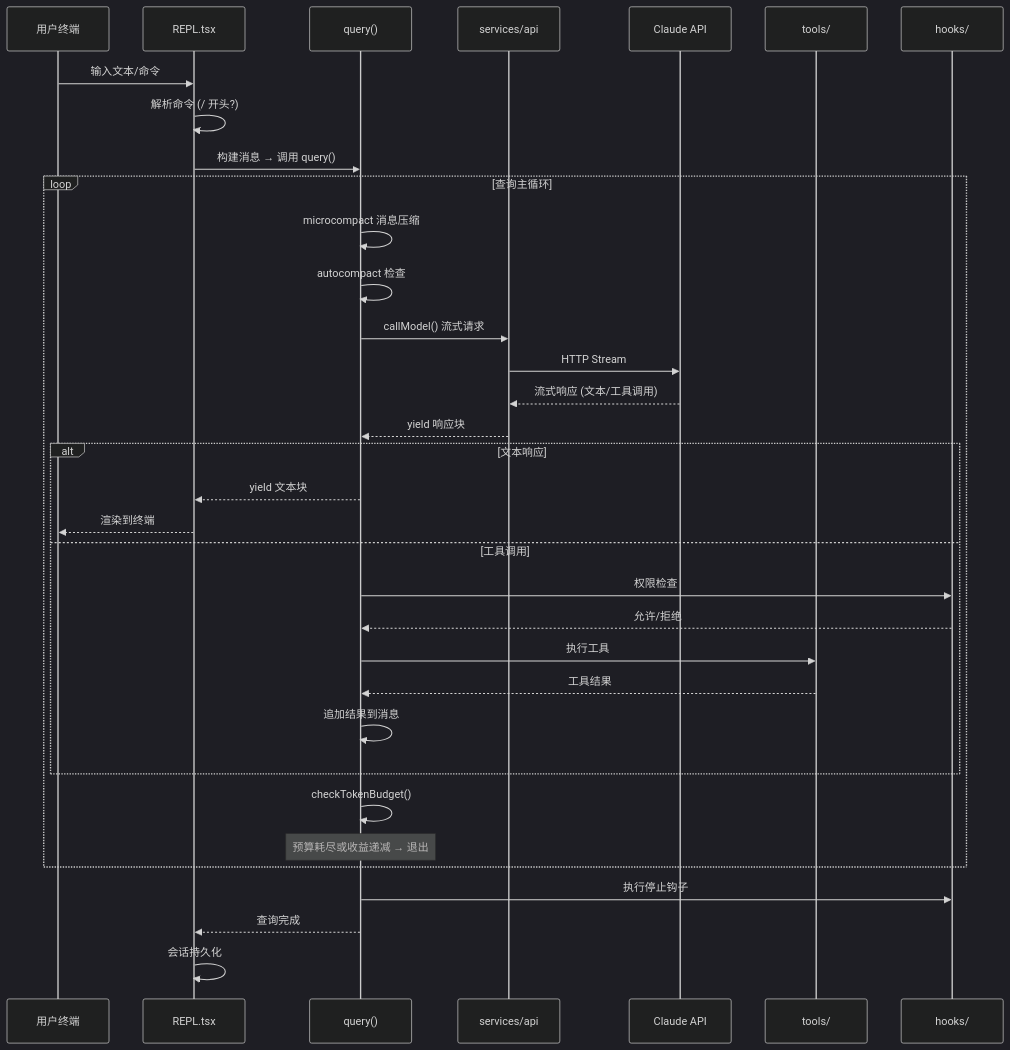
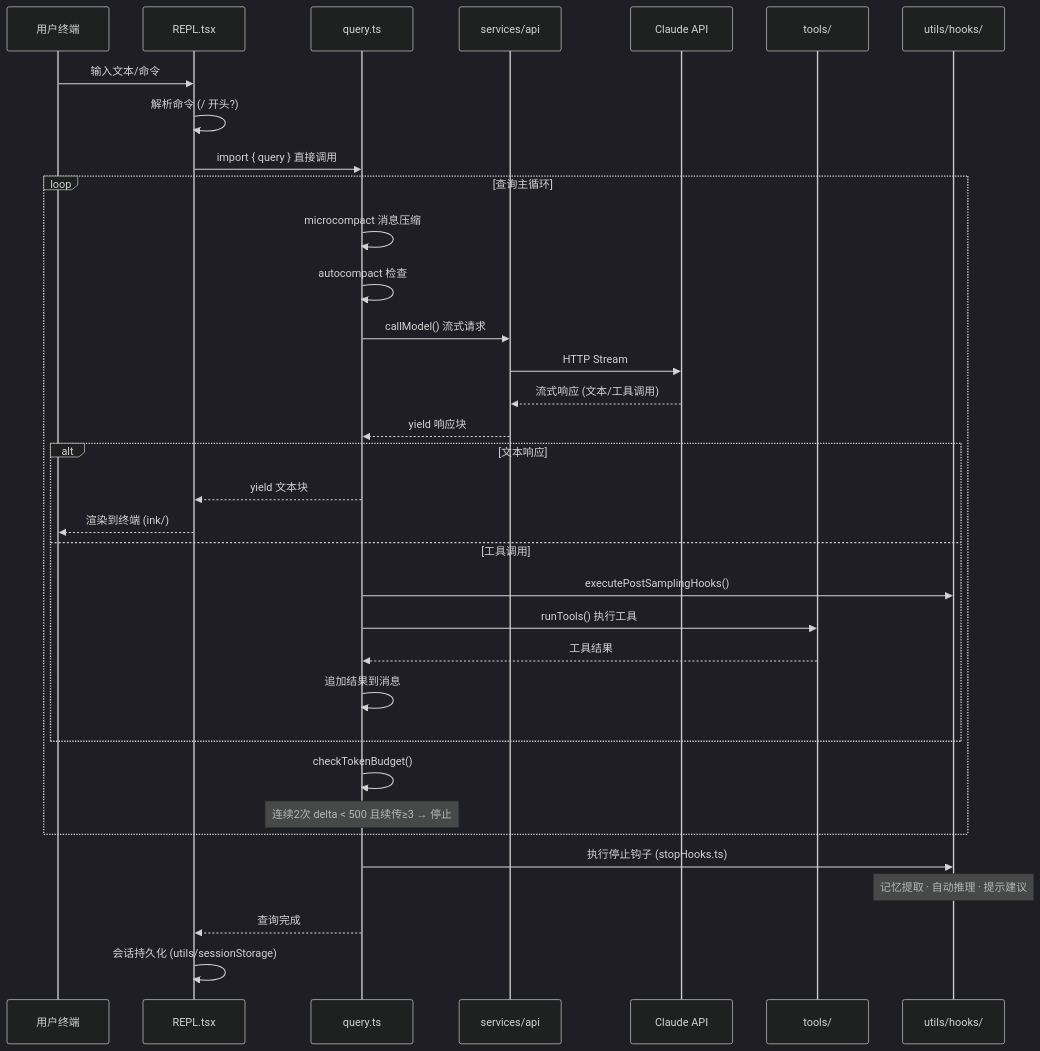
One commit to day0n/analysis-claude-code changed the second of 5 diagrams in 00-项目总览.md. Above: the diagram before and after it, drawn with Mermaid (dark theme). The commit also changed other lines of this file and 9 other files, not shown here.

First line of the commit message:
fix: rewrite architecture diagrams based on verified import analysis

````diff
--- a/00-项目总览.md
+++ b/00-项目总览.md
@@ -127,41 +210,42 @@
 ```mermaid
 sequenceDiagram
     participant U as 用户终端
     participant R as REPL.tsx
-    participant Q as query()
+    participant Q as query.ts
     participant S as services/api
     participant A as Claude API
     participant T as tools/
-    participant H as hooks/
+    participant H as utils/hooks/
 
     U->>R: 输入文本/命令
     R->>R: 解析命令 (/ 开头?)
-    R->>Q: 构建消息 → 调用 query()
+
+    R->>Q: import { query } 直接调用
 
     loop 查询主循环
         Q->>Q: microcompact 消息压缩
         Q->>Q: autocompact 检查
         Q->>S: callModel() 流式请求
         S->>A: HTTP Stream
         A-->>S: 流式响应 (文本/工具调用)
         S-->>Q: yield 响应块
 
         alt 文本响应
             Q-->>R: yield 文本块
-            R-->>U: 渲染到终端
+            R-->>U: 渲染到终端 (ink/)
         else 工具调用
-            Q->>H: 权限检查
-            H-->>Q: 允许/拒绝
-            Q->>T: 执行工具
+            Q->>H: executePostSamplingHooks()
+            Q->>T: runTools() 执行工具
             T-->>Q: 工具结果
             Q->>Q: 追加结果到消息
         end
 
         Q->>Q: checkTokenBudget()
-        Note over Q: 预算耗尽或收益递减 → 退出
+        Note over Q: 连续2次 delta < 500 且续传≥3 → 停止
     end
 
-    Q->>H: 执行停止钩子
+    Q->>H: 执行停止钩子 (stopHooks.ts)
+    Note over H: 记忆提取 · 自动推理 · 提示建议
     Q-->>R: 查询完成
-    R->>R: 会话持久化
+    R->>R: 会话持久化 (utils/sessionStorage)
 ```
````
